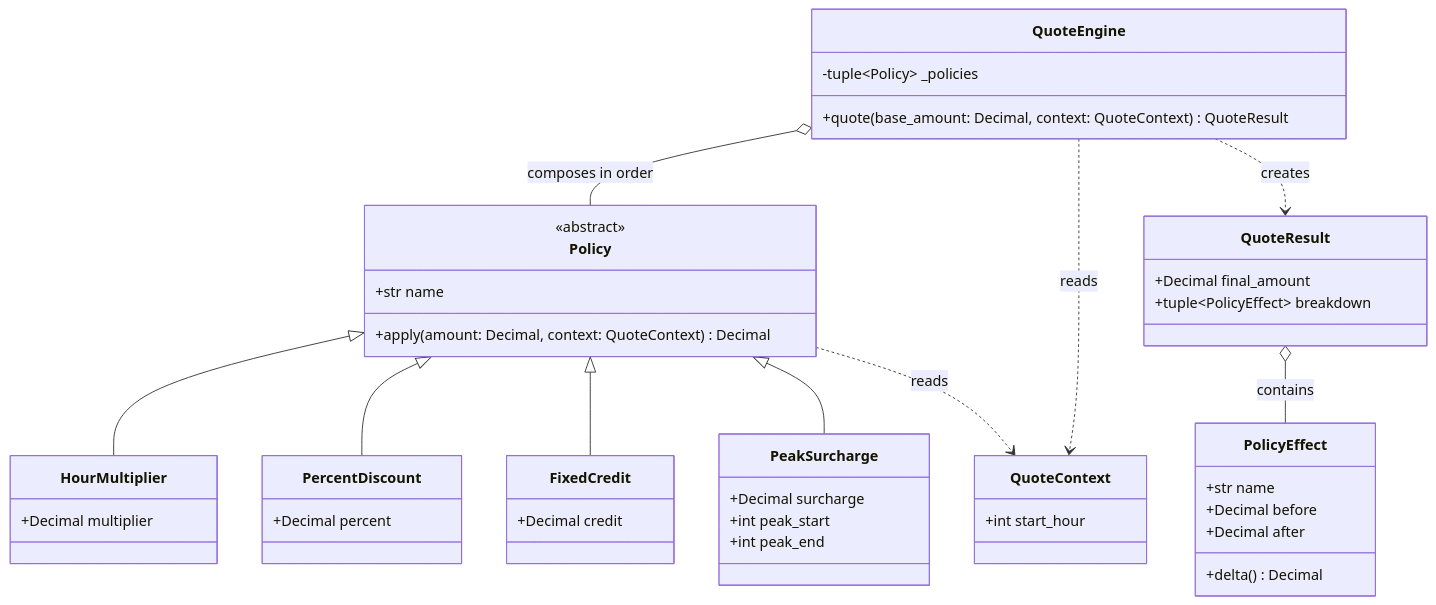
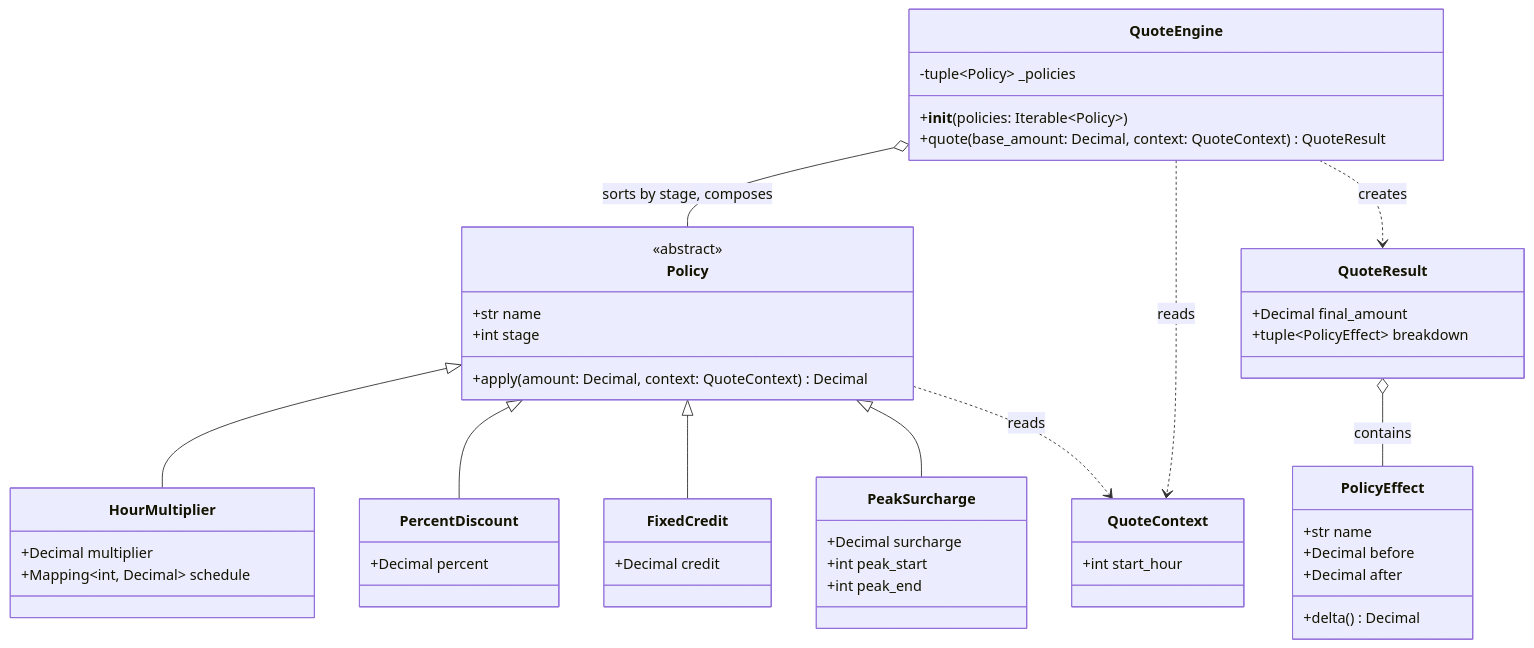
Before and after one commit to Farhooralz/backend-assessment: the diagram in task02_pricing_engine/README.md, drawn with Mermaid. The commit also changed other lines of this file and 7 other files, not shown here.

Commit message:
task02: enforce spec policy order and validate hour multipliers

````diff
--- a/task02_pricing_engine/README.md
+++ b/task02_pricing_engine/README.md
@@ -67,49 +82,52 @@
 ```mermaid
 classDiagram
     class Policy {
         <<abstract>>
         +str name
+        +int stage
         +apply(amount: Decimal, context: QuoteContext) Decimal
     }
     class QuoteEngine {
         -tuple~Policy~ _policies
+        +__init__(policies: Iterable~Policy~)
         +quote(base_amount: Decimal, context: QuoteContext) QuoteResult
     }
     class QuoteContext {
         +int start_hour
     }
     class PolicyEffect {
         +str name
         +Decimal before
         +Decimal after
         +delta() Decimal
     }
     class QuoteResult {
         +Decimal final_amount
         +tuple~PolicyEffect~ breakdown
     }
     class HourMultiplier {
         +Decimal multiplier
+        +Mapping~int, Decimal~ schedule
     }
     class PercentDiscount {
         +Decimal percent
     }
     class FixedCredit {
         +Decimal credit
     }
     class PeakSurcharge {
         +Decimal surcharge
         +int peak_start
         +int peak_end
     }
 
     Policy <|-- HourMultiplier
     Policy <|-- PercentDiscount
     Policy <|-- FixedCredit
     Policy <|-- PeakSurcharge
-    QuoteEngine o-- Policy : composes in order
+    QuoteEngine o-- Policy : sorts by stage, composes
     QuoteEngine ..> QuoteContext : reads
     QuoteEngine ..> QuoteResult : creates
     QuoteResult o-- PolicyEffect : contains
     Policy ..> QuoteContext : reads
 ```
````
